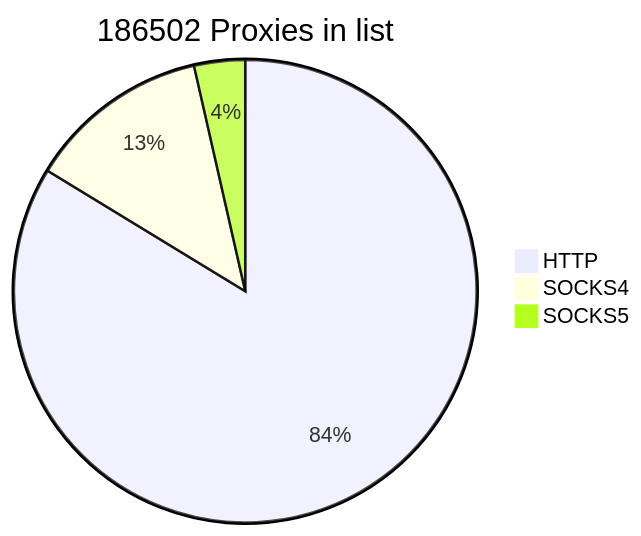
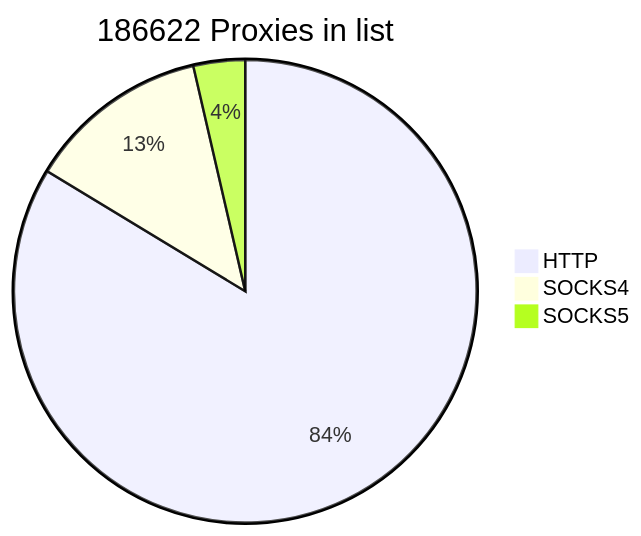
Before and after one commit to cutipu/proxylist: the first of 2 diagrams in README.md, drawn with Mermaid. The commit also changed other lines of this file, not shown here.

````diff
--- a/README.md
+++ b/README.md
@@ -2,7 +2,7 @@
 ```mermaid
-pie title 186502 Proxies in list
-    "HTTP" : 156124
-    "SOCKS4" : 23741
-    "SOCKS5" : 6637
+pie title 186622 Proxies in list
+    "HTTP" : 156145
+    "SOCKS4" : 23744
+    "SOCKS5" : 6733
             
 ```
````
